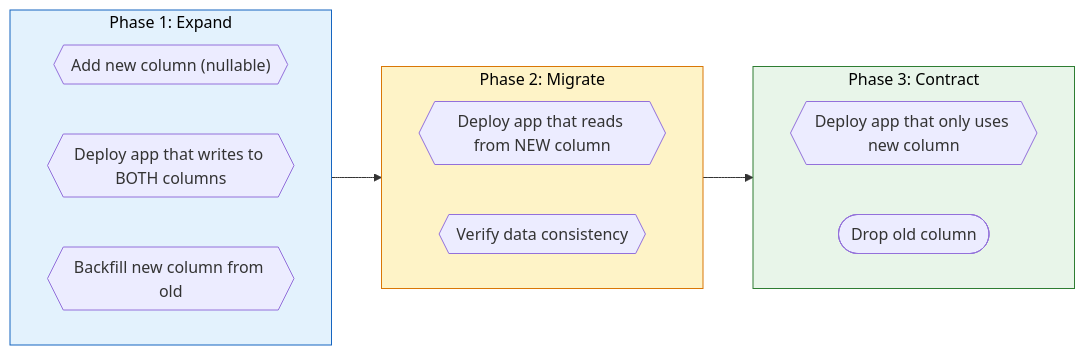
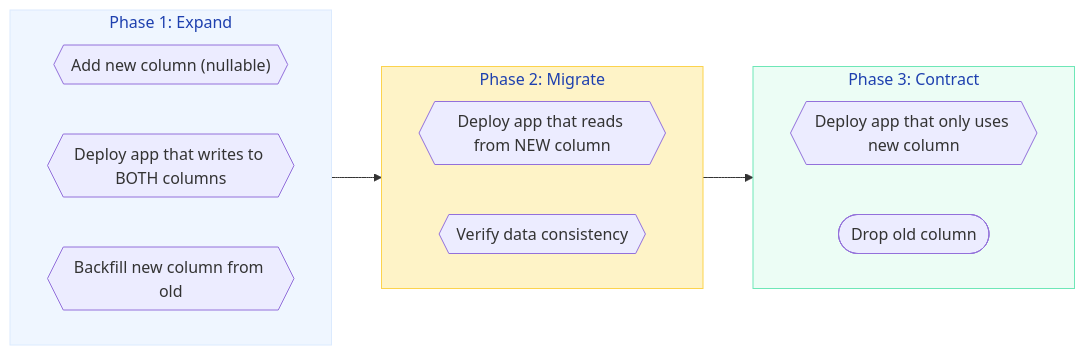
One commit to saivamsikaruturi/vamsilabs-dev-notes-main changed the third of 5 diagrams in docs/springboot/database-migrations.md. Above: the diagram before and after it, drawn with Mermaid. The commit also changed other lines of this file and 220 other files, not shown here.

First line of the commit message:
Add 50+ new Java/Spring Boot pages, rewrite CSS code blocks to Oracle style, fix all diagram colors

````diff
--- a/docs/springboot/database-migrations.md
+++ b/docs/springboot/database-migrations.md
@@ -349,27 +349,27 @@
 ```mermaid
 flowchart LR
     subgraph Phase1["Phase 1: Expand"]
         direction LR
         E1{{"Add new column (nullable)"}}
         E2{{"Deploy app that writes to BOTH columns"}}
         E3{{"Backfill new column from old"}}
     end
 
     subgraph Phase2["Phase 2: Migrate"]
         direction LR
         M1{{"Deploy app that reads from NEW column"}}
         M2{{"Verify data consistency"}}
     end
 
     subgraph Phase3["Phase 3: Contract"]
         direction LR
         C1{{"Deploy app that only uses new column"}}
         C2(["Drop old column"])
     end
 
     Phase1 --> Phase2 --> Phase3
 
-    style Phase1 fill:#E3F2FD,stroke:#1565C0,color:#000
-    style Phase2 fill:#FEF3C7,stroke:#D97706,color:#000
-    style Phase3 fill:#E8F5E9,stroke:#2E7D32,color:#000
+    style Phase1 fill:#EFF6FF,stroke:#DBEAFE,color:#1E40AF
+    style Phase2 fill:#FEF3C7,stroke:#FCD34D,color:#1E40AF
+    style Phase3 fill:#ECFDF5,stroke:#6EE7B7,color:#1E40AF
 ```
````
